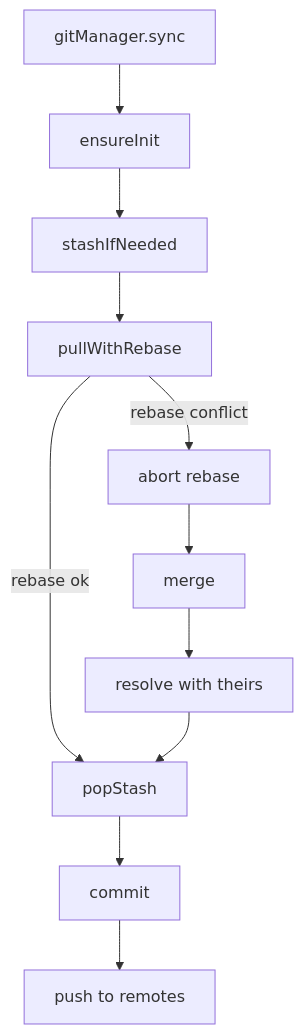
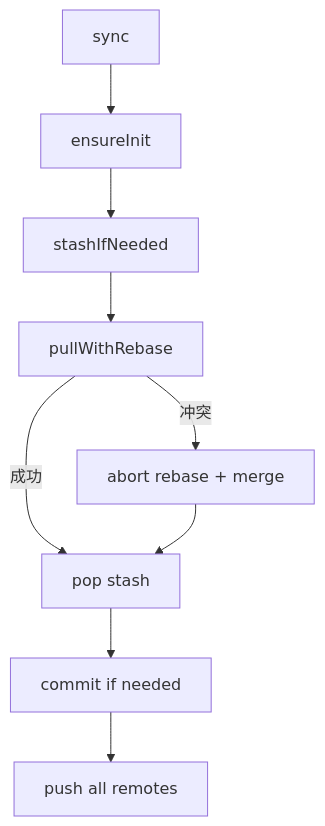
The fourth of 4 diagrams in .agents/skills/ampify-dev-guide/references/architecture.md (NAMEWTA/Ampify), drawn with Mermaid before and after one commit. The commit also changed other lines of this file and 15 other files, not shown here.

````diff
--- a/.agents/skills/ampify-dev-guide/references/architecture.md
+++ b/.agents/skills/ampify-dev-guide/references/architecture.md
@@ -101,13 +81,11 @@
 ```mermaid
 flowchart TD
-    A[gitManager.sync] --> B[ensureInit]
+    A[sync] --> B[ensureInit]
     B --> C[stashIfNeeded]
     C --> D[pullWithRebase]
-    D -->|rebase ok| E[popStash]
-    D -->|rebase conflict| F[abort rebase]
-    F --> G[merge]
-    G --> H[resolve with theirs]
-    H --> E
-    E --> I[commit]
-    I --> J[push to remotes]
+    D -->|冲突| E[abort rebase + merge]
+    D -->|成功| F[pop stash]
+    E --> F
+    F --> G[commit if needed]
+    G --> H[push all remotes]
 ```
````
